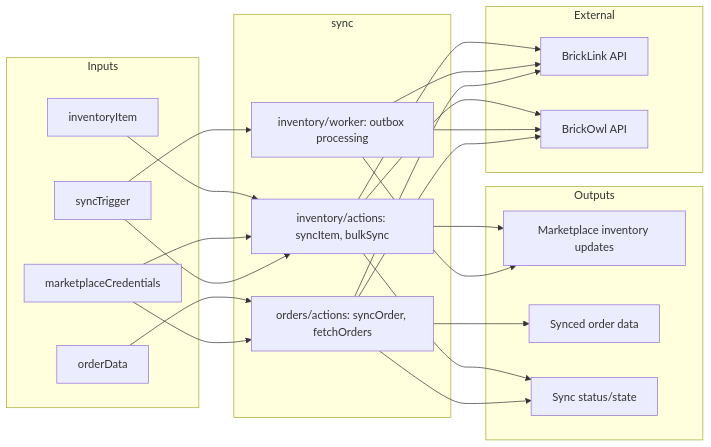
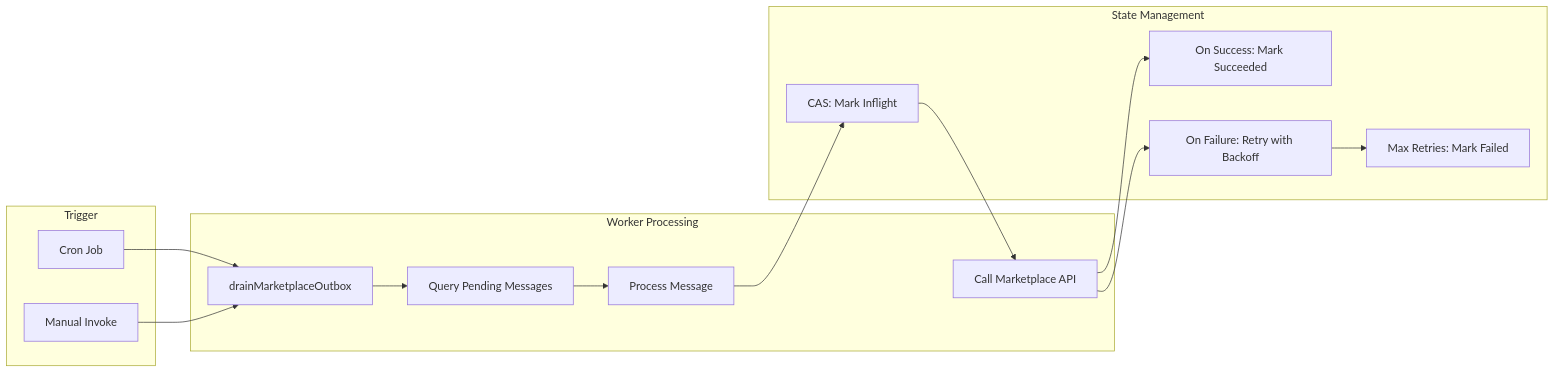
One commit to 1benisin/brickops changed the fourth of 4 diagrams in convex/sync/README.md. Above: the diagram before and after it, drawn with Mermaid. The commit also changed other lines of this file and 5 other files, not shown here.

````diff
--- a/convex/sync/README.md
+++ b/convex/sync/README.md
@@ -7,44 +241,31 @@
 ```mermaid
 graph LR
-    subgraph inputs [Inputs]
-        A[inventoryItem]
-        B[orderData]
-        C[marketplaceCredentials]
-        D[syncTrigger]
+    subgraph "Trigger"
+        A[Cron Job]
+        B[Manual Invoke]
     end
 
-    subgraph sync_module [sync]
-        E[inventory/actions: syncItem, bulkSync]
-        F[inventory/worker: outbox processing]
-        G[orders/actions: syncOrder, fetchOrders]
+    subgraph "Worker Processing"
+        C[drainMarketplaceOutbox]
+        D[Query Pending Messages]
+        E[Process Message]
+        F[Call Marketplace API]
     end
 
-    subgraph outputs [Outputs]
-        H[Marketplace inventory updates]
-        I[Synced order data]
-        J[Sync status/state]
+    subgraph "State Management"
+        G[CAS: Mark Inflight]
+        H[On Success: Mark Succeeded]
+        I[On Failure: Retry with Backoff]
+        J[Max Retries: Mark Failed]
     end
 
-    subgraph external [External]
-        K[BrickLink API]
-        L[BrickOwl API]
-    end
-
-    A --> E
-    B --> G
-    C --> E
-    C --> G
+    A --> C
+    B --> C
+    C --> D
     D --> E
-    D --> F
-    E --> H
-    E --> J
+    E --> G
+    G --> F
     F --> H
-    G --> I
-    G --> J
-    E --> K
-    E --> L
-    F --> K
-    F --> L
-    G --> K
-    G --> L
+    F --> I
+    I --> J
 ```
````
